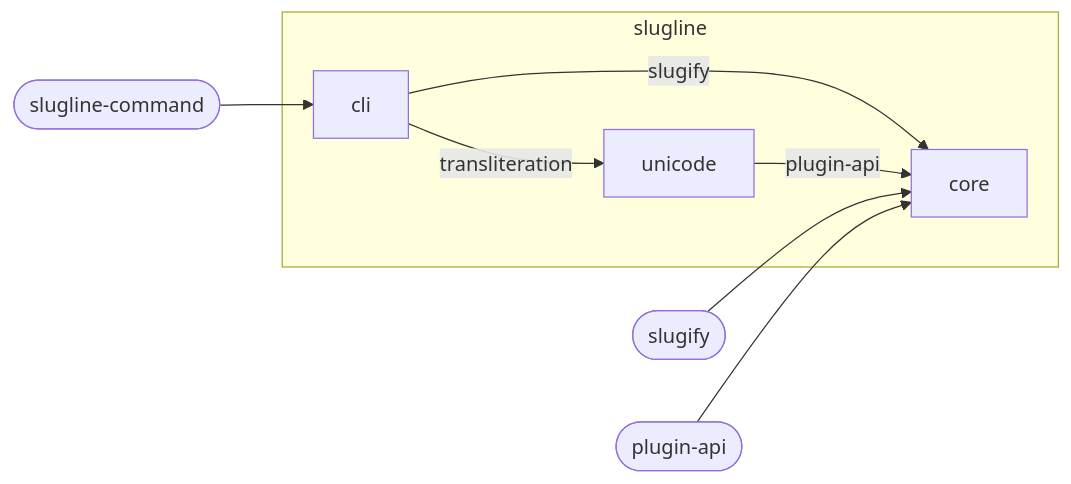
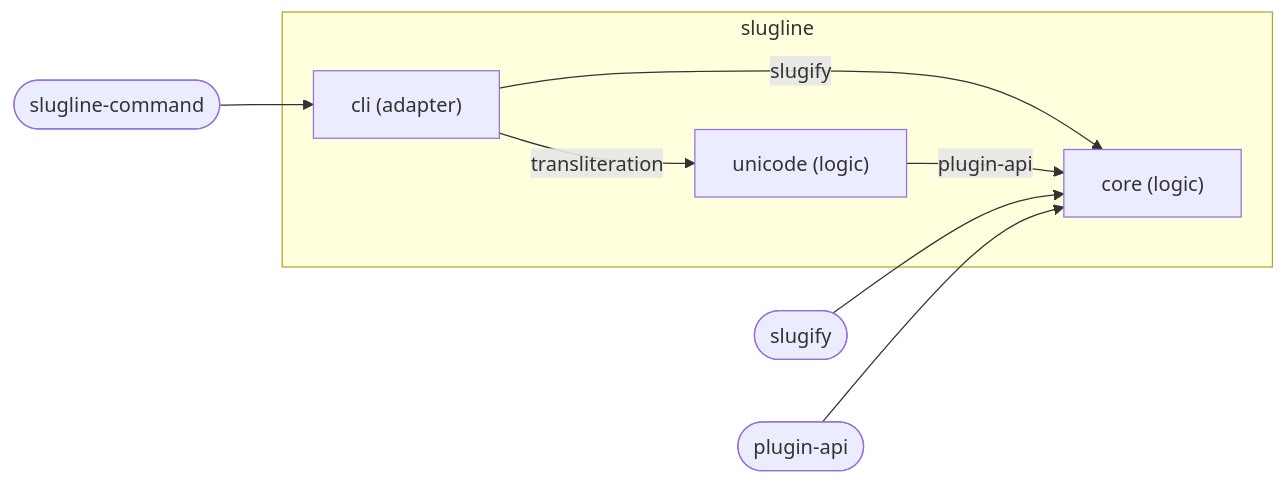
The diagram in examples/slugline/docs/diagrams/component.md (wackazong/unifold), drawn with Mermaid before and after one commit. The commit also changed other lines of this file and 339 other files, not shown here.

````diff
--- a/examples/slugline/docs/diagrams/component.md
+++ b/examples/slugline/docs/diagrams/component.md
@@ -8,21 +8,21 @@
 ```mermaid
 flowchart LR
   subgraph u_root["slugline"]
-    u_cli["cli"]
-    u_core["core"]
-    u_plugins__unicode["unicode"]
+    u_cli["cli (adapter)"]
+    u_core["core (logic)"]
+    u_plugins__unicode["unicode (logic)"]
   end
   p_root___slugify(["slugify"])
   p_root___plugin_dapi(["plugin-api"])
   p_root___slugline_dcommand(["slugline-command"])
   u_cli -->|"slugify"| u_core
   u_cli -->|"transliteration"| u_plugins__unicode
   u_plugins__unicode -->|"plugin-api"| u_core
   p_root___slugify --> u_core
   p_root___plugin_dapi --> u_core
   p_root___slugline_dcommand --> u_cli
   classDef focus stroke-width:4px
   classDef planned stroke-dasharray:6 4
   classDef deprecated stroke-dasharray:2 2,opacity:0.6
   classDef plain stroke-dasharray:2 3
 ```
````
